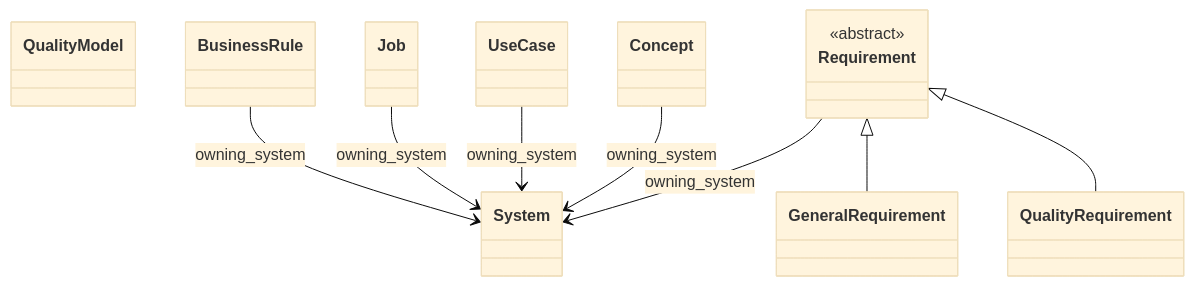
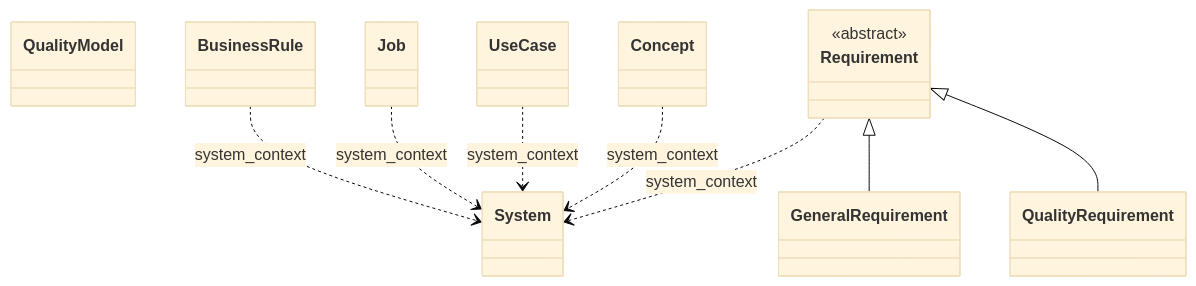
One commit to craigsmitham/dotspec changed the first of 9 diagrams in docs/reference/model/core.md. Above: the diagram before and after it, drawn with Mermaid (base theme). The commit also changed other lines of this file and 72 other files, not shown here.

````diff
--- a/docs/reference/model/core.md
+++ b/docs/reference/model/core.md
@@ -28,21 +30,21 @@
 ```mermaid
 classDiagram
     direction TB
     class System
     class QualityModel
     class BusinessRule
     class Job
     class UseCase
     class Concept
     class Requirement
     <<abstract>> Requirement
     class GeneralRequirement
     class QualityRequirement
     Requirement <|-- GeneralRequirement
     Requirement <|-- QualityRequirement
-    BusinessRule --> System : owning_system
-    Job --> System : owning_system
-    UseCase --> System : owning_system
-    Concept --> System : owning_system
-    Requirement --> System : owning_system
+    BusinessRule ..> System : system_context
+    Job ..> System : system_context
+    UseCase ..> System : system_context
+    Concept ..> System : system_context
+    Requirement ..> System : system_context
 ```
````
